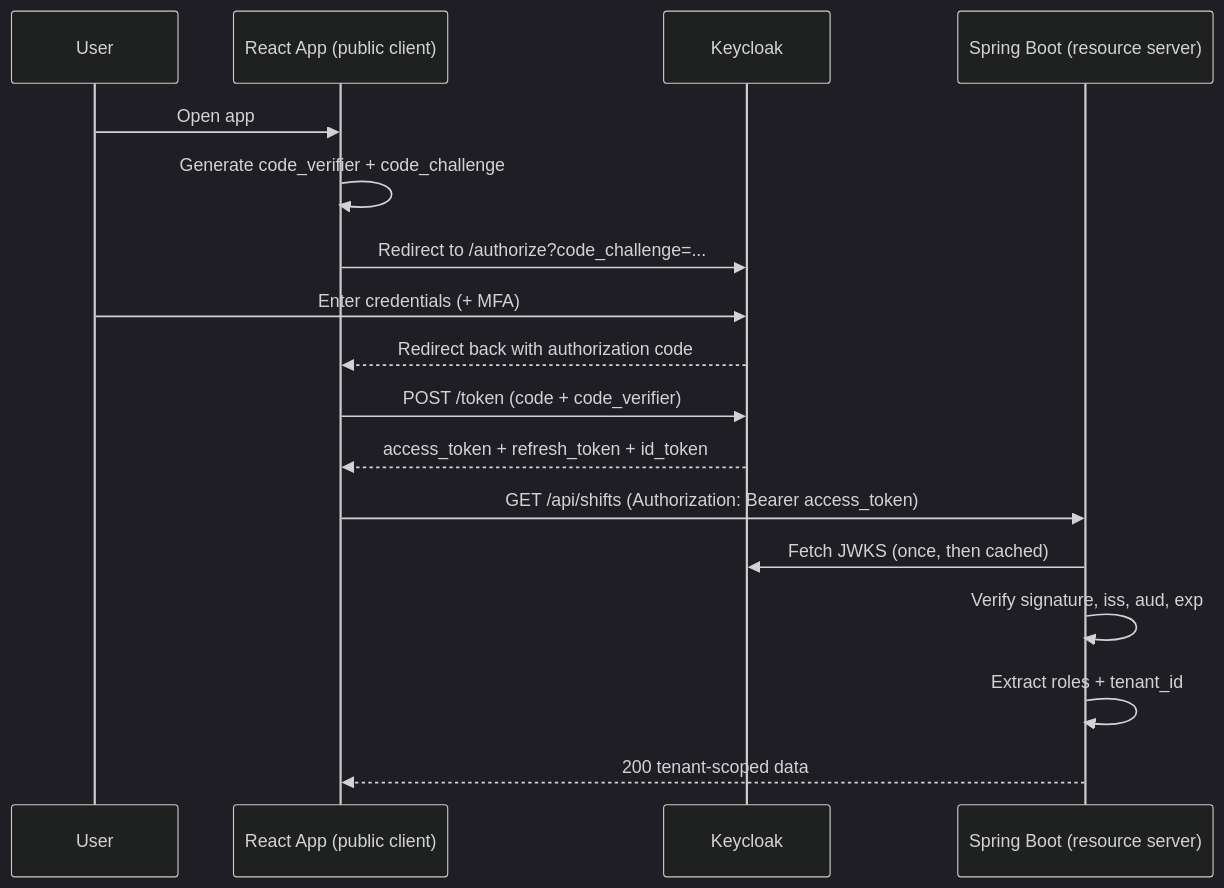
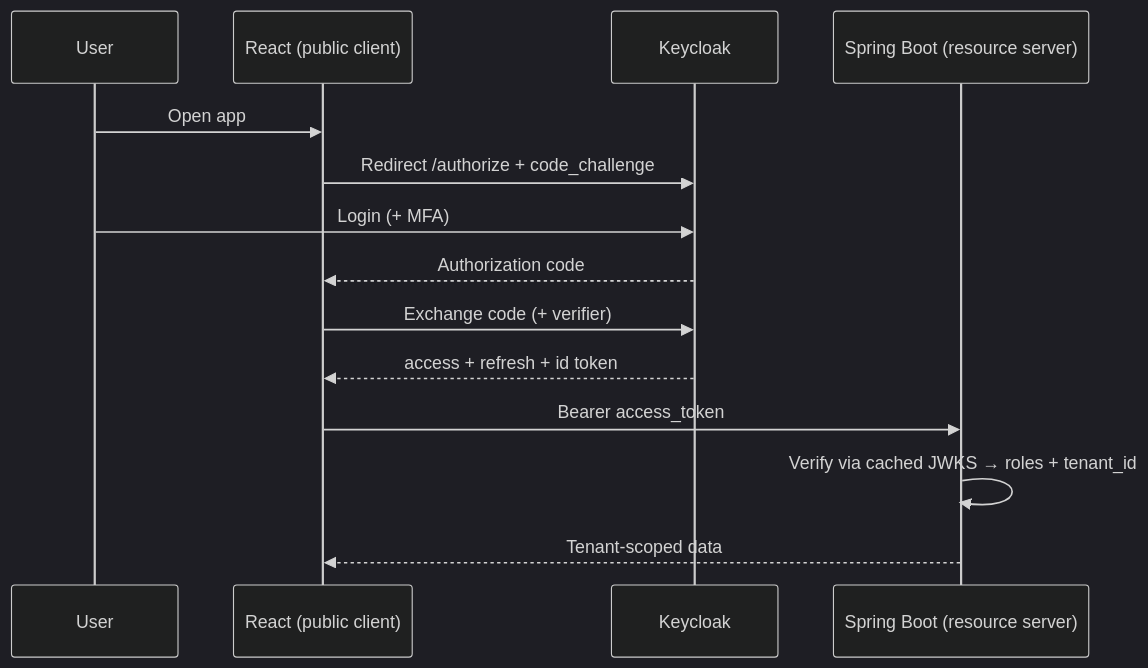
One commit to zerotechmn/multi-tenant-architecture changed the first of 4 diagrams in docs/keycloak.md. Above: the diagram before and after it, drawn with Mermaid (dark theme). The commit also changed other lines of this file, not shown here.

````diff
--- a/docs/keycloak.md
+++ b/docs/keycloak.md
@@ -90,20 +89,17 @@
 ```mermaid
 sequenceDiagram
     participant U as User
-    participant FE as React App (public client)
+    participant FE as React (public client)
     participant KC as Keycloak
     participant BE as Spring Boot (resource server)
 
     U->>FE: Open app
-    FE->>FE: Generate code_verifier + code_challenge
-    FE->>KC: Redirect to /authorize?code_challenge=...
-    U->>KC: Enter credentials (+ MFA)
-    KC-->>FE: Redirect back with authorization code
-    FE->>KC: POST /token (code + code_verifier)
-    KC-->>FE: access_token + refresh_token + id_token
-    FE->>BE: GET /api/shifts (Authorization: Bearer access_token)
-    BE->>KC: Fetch JWKS (once, then cached)
-    BE->>BE: Verify signature, iss, aud, exp
-    BE->>BE: Extract roles + tenant_id
-    BE-->>FE: 200 tenant-scoped data
+    FE->>KC: Redirect /authorize + code_challenge
+    U->>KC: Login (+ MFA)
+    KC-->>FE: Authorization code
+    FE->>KC: Exchange code (+ verifier)
+    KC-->>FE: access + refresh + id token
+    FE->>BE: Bearer access_token
+    BE->>BE: Verify via cached JWKS → roles + tenant_id
+    BE-->>FE: Tenant-scoped data
 ```
````
